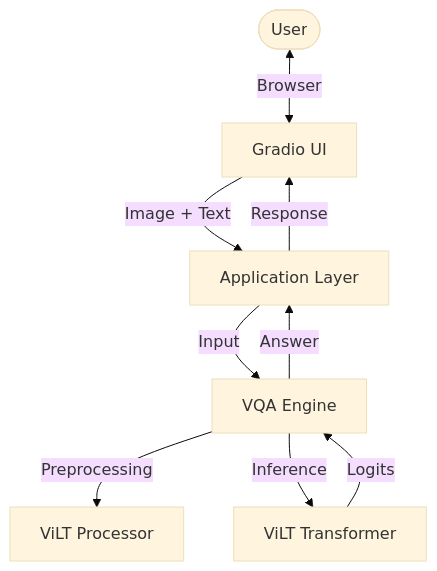
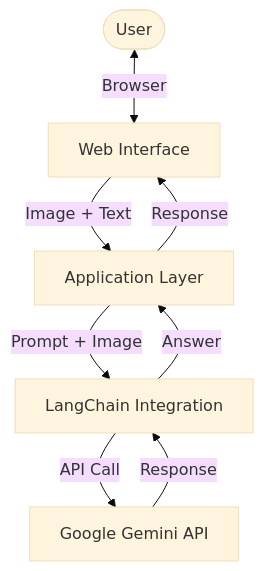
One commit to Nikhil383/Visual_Question_Answer changed the diagram in README.md. Above: the diagram before and after it, drawn with Mermaid (base theme). The commit also changed other lines of this file and 5 other files, not shown here.

````diff
--- a/README.md
+++ b/README.md
@@ -12,11 +12,10 @@
 ```mermaid
 graph TD
-    User([User]) <-->|Browser| UI[Gradio UI]
+    User([User]) <-->|Browser| UI[Web Interface]
     UI -->|Image + Text| App[Application Layer]
-    App -->|Input| Engine[VQA Engine]
-    Engine -->|Preprocessing| Processor[ViLT Processor]
-    Engine -->|Inference| Model[ViLT Transformer]
-    Model -->|Logits| Engine
-    Engine -->|Answer| App
+    App -->|Prompt + Image| LangChain[LangChain Integration]
+    LangChain -->|API Call| Gemini[Google Gemini API]
+    Gemini -->|Response| LangChain
+    LangChain -->|Answer| App
     App -->|Response| UI
 ```
````
